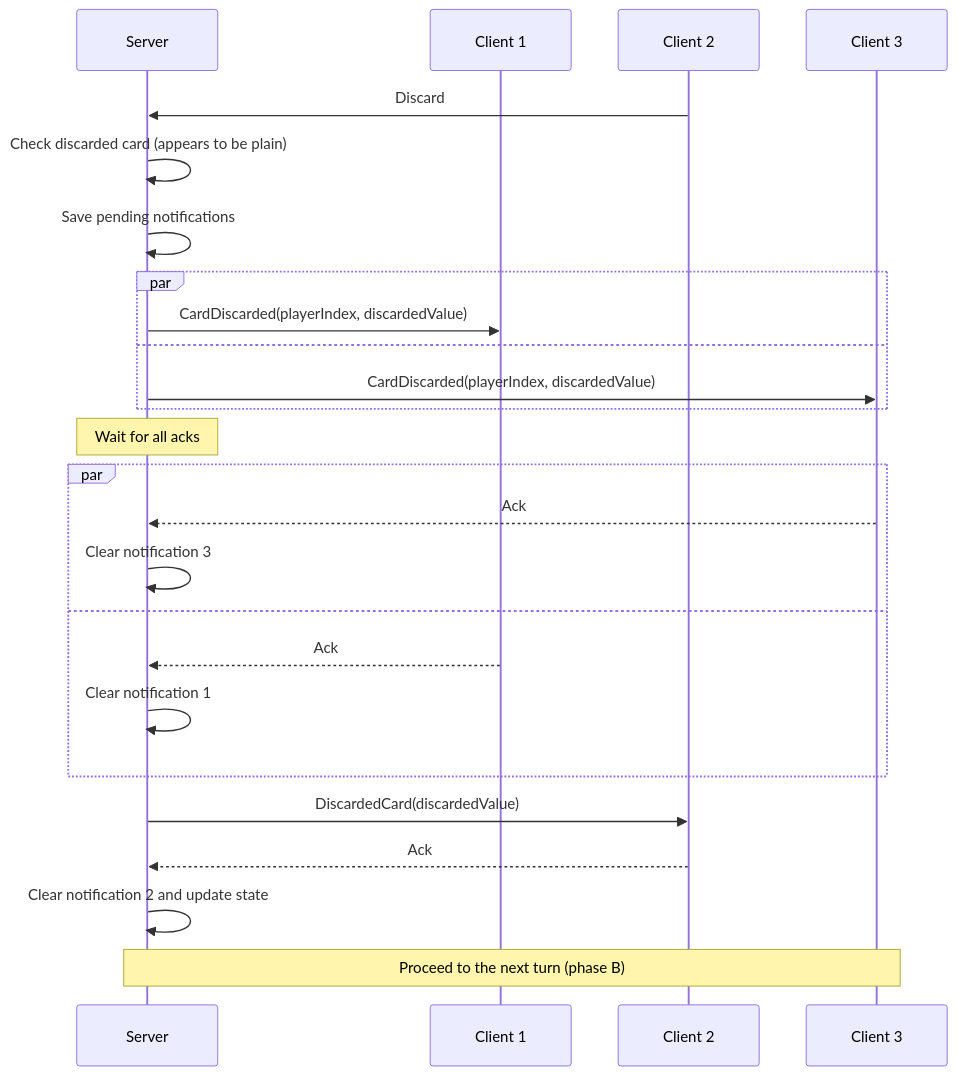
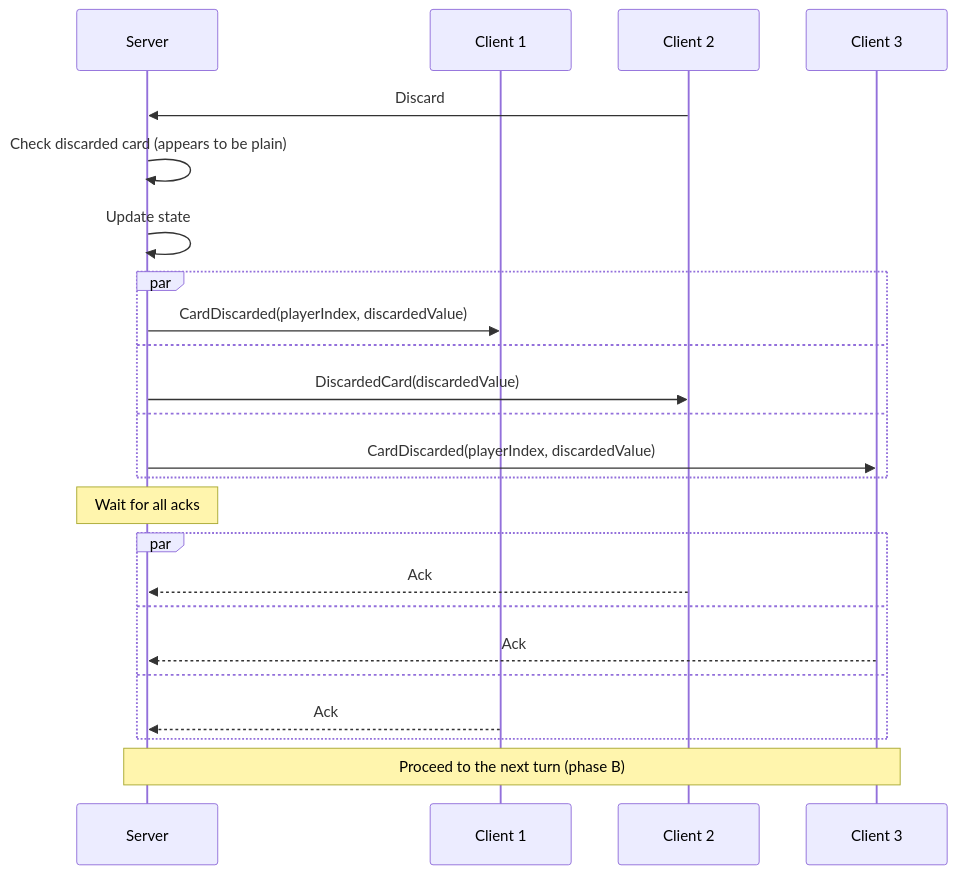
The tenth of 15 diagrams in README.md (roman-zubarevich/another), drawn with Mermaid before and after one commit. The commit also changed other lines of this file, not shown here.

````diff
--- a/README.md
+++ b/README.md
@@ -279,27 +266,26 @@
 ```mermaid
 sequenceDiagram
     participant S as Server
     participant C1 as Client 1
     participant C2 as Client 2
     participant C3 as Client 3
     C2->>S: Discard
     S->>S: Check discarded card (appears to be plain)
-    S->>S: Save pending notifications
+    S->>S: Update state
     par
         S->>C1: CardDiscarded(playerIndex, discardedValue)
+    and
+        S->>C2: DiscardedCard(discardedValue)
     and
         S->>C3: CardDiscarded(playerIndex, discardedValue)
     end
     Note over S: Wait for all acks
     par
+        C2-->>S: Ack
+    and
         C3-->>S: Ack
-        S->>S: Clear notification 3
     and
         C1-->>S: Ack
-        S->>S: Clear notification 1
     end
-    S->>C2: DiscardedCard(discardedValue)
-    C2-->>S: Ack
-    S->>S: Clear notification 2 and update state
     Note over S,C3: Proceed to the next turn (phase B)
 ```
````
